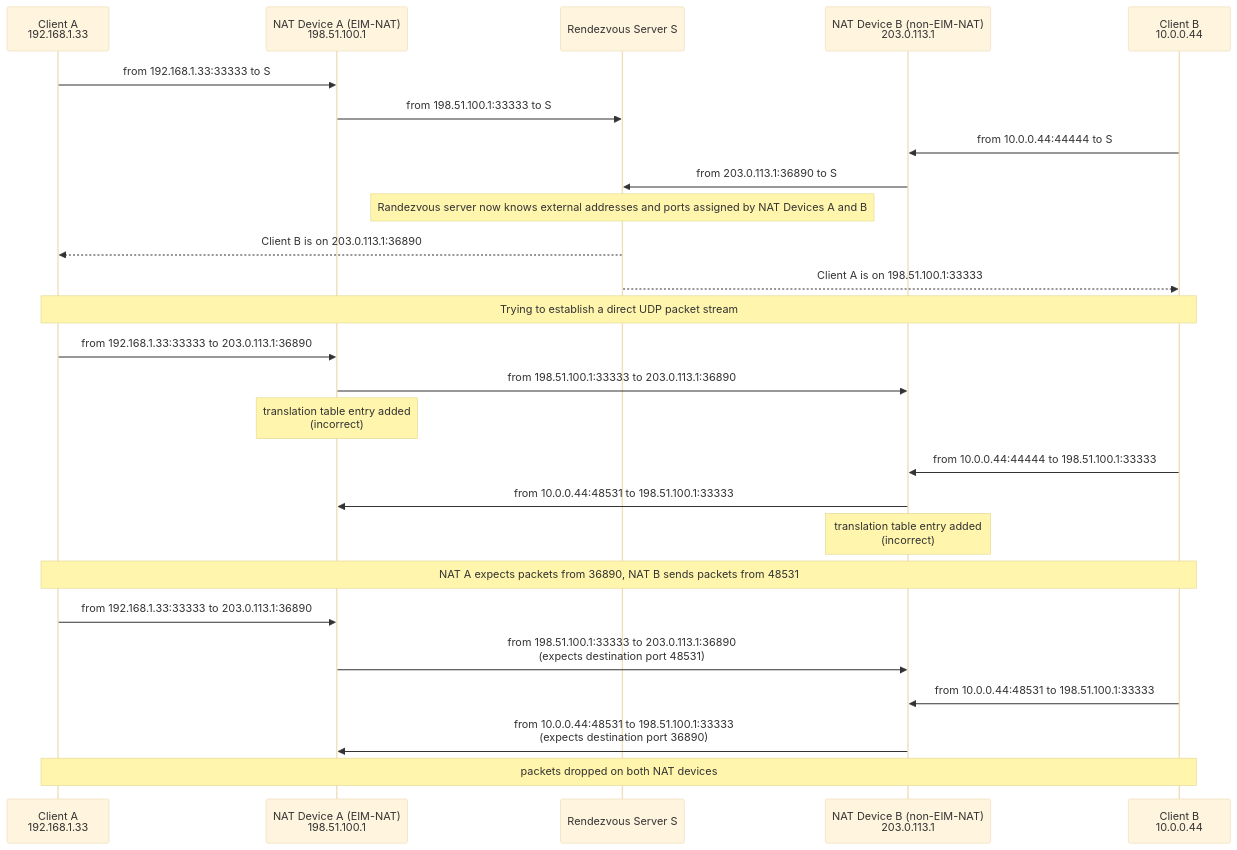
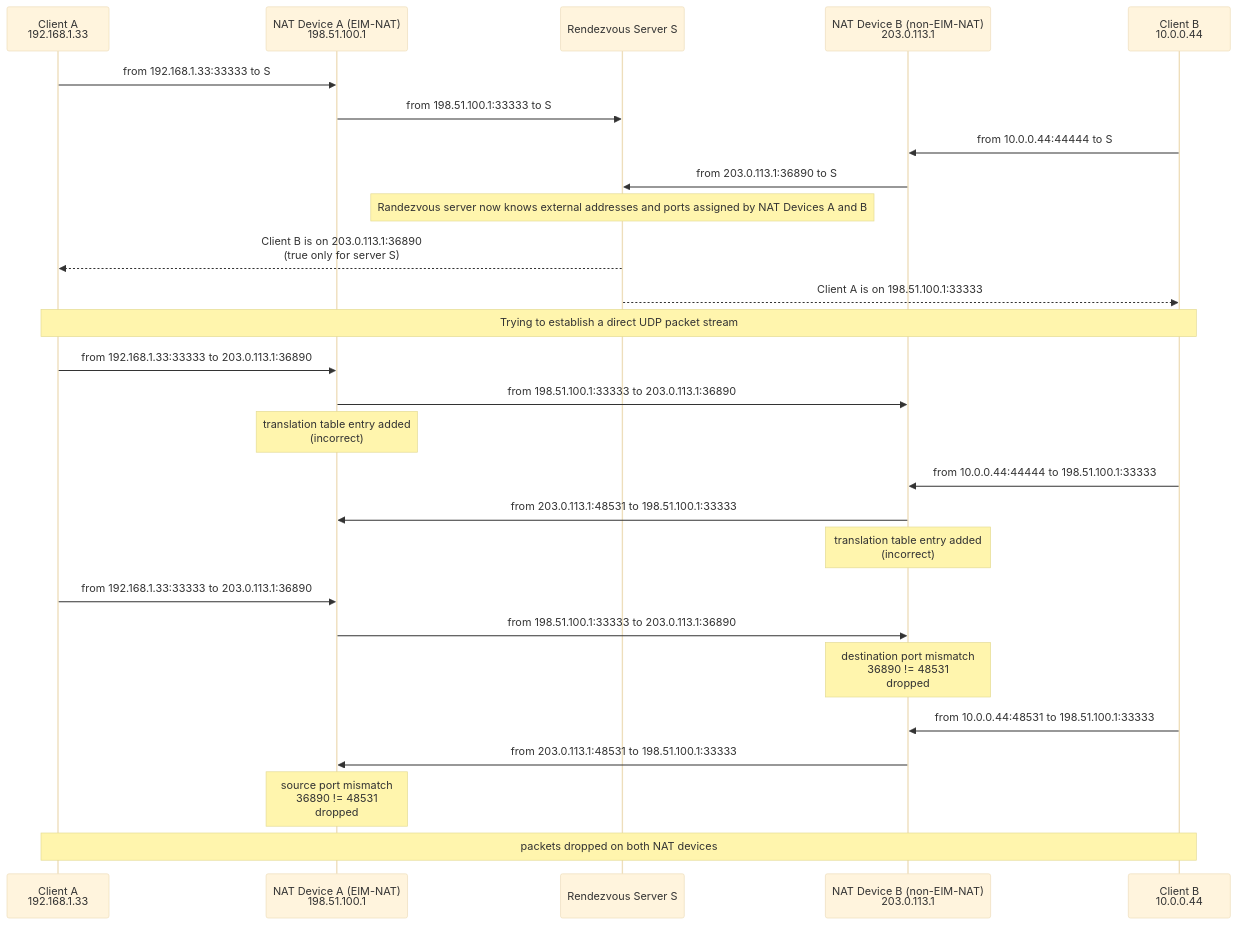
One commit to kupson/udp-hole-punching changed the second of 2 diagrams in TFTP-NAT-UHP.md. Above: the diagram before and after it, drawn with Mermaid (base theme). The commit also changed other lines of this file, not shown here.

````diff
--- a/TFTP-NAT-UHP.md
+++ b/TFTP-NAT-UHP.md
@@ -70,29 +70,30 @@
 ```mermaid
 sequenceDiagram
     participant ClientA as Client A<br />192.168.1.33
     participant NatA as NAT Device A (EIM-NAT)<br />198.51.100.1
     participant S as Rendezvous Server S
     participant NatB as NAT Device B (non-EIM-NAT)<br />203.0.113.1
     participant ClientB as Client B<br />10.0.0.44
 
 ClientA ->> NatA: from 192.168.1.33:33333 to S
 NatA ->> S: from 198.51.100.1:33333 to S
 ClientB ->> NatB: from 10.0.0.44:44444 to S
 NatB ->> S: from 203.0.113.1:36890 to S
 Note over S: Randezvous server now knows external addresses and ports assigned by NAT Devices A and B
-S -->> ClientA: Client B is on 203.0.113.1:36890
+S -->> ClientA: Client B is on 203.0.113.1:36890<br />(true only for server S)
 S -->> ClientB: Client A is on 198.51.100.1:33333
 Note over ClientA,ClientB: Trying to establish a direct UDP packet stream
 ClientA ->> NatA: from 192.168.1.33:33333 to 203.0.113.1:36890
 NatA ->> NatB: from 198.51.100.1:33333 to 203.0.113.1:36890
 Note over NatA: translation table entry added<br />(incorrect)
 ClientB ->> NatB: from 10.0.0.44:44444 to 198.51.100.1:33333
-NatB ->> NatA: from 10.0.0.44:48531 to 198.51.100.1:33333
+NatB ->> NatA: from 203.0.113.1:48531 to 198.51.100.1:33333
 Note over NatB: translation table entry added<br />(incorrect)
-Note over ClientA,ClientB: NAT A expects packets from 36890, NAT B sends packets from 48531
 ClientA ->> NatA: from 192.168.1.33:33333 to 203.0.113.1:36890
-NatA ->> NatB: from 198.51.100.1:33333 to 203.0.113.1:36890<br />(expects destination port 48531)
+NatA ->> NatB: from 198.51.100.1:33333 to 203.0.113.1:36890
+Note over NatB: destination port mismatch<br />36890 != 48531<br />dropped
 ClientB ->> NatB: from 10.0.0.44:48531 to 198.51.100.1:33333
-NatB ->> NatA: from 10.0.0.44:48531 to 198.51.100.1:33333<br />(expects destination port 36890)
+NatB ->> NatA: from 203.0.113.1:48531 to 198.51.100.1:33333
+Note over NatA: source port mismatch<br />36890 != 48531<br />dropped
 Note over ClientA,ClientB: packets dropped on both NAT devices
 ```
````
